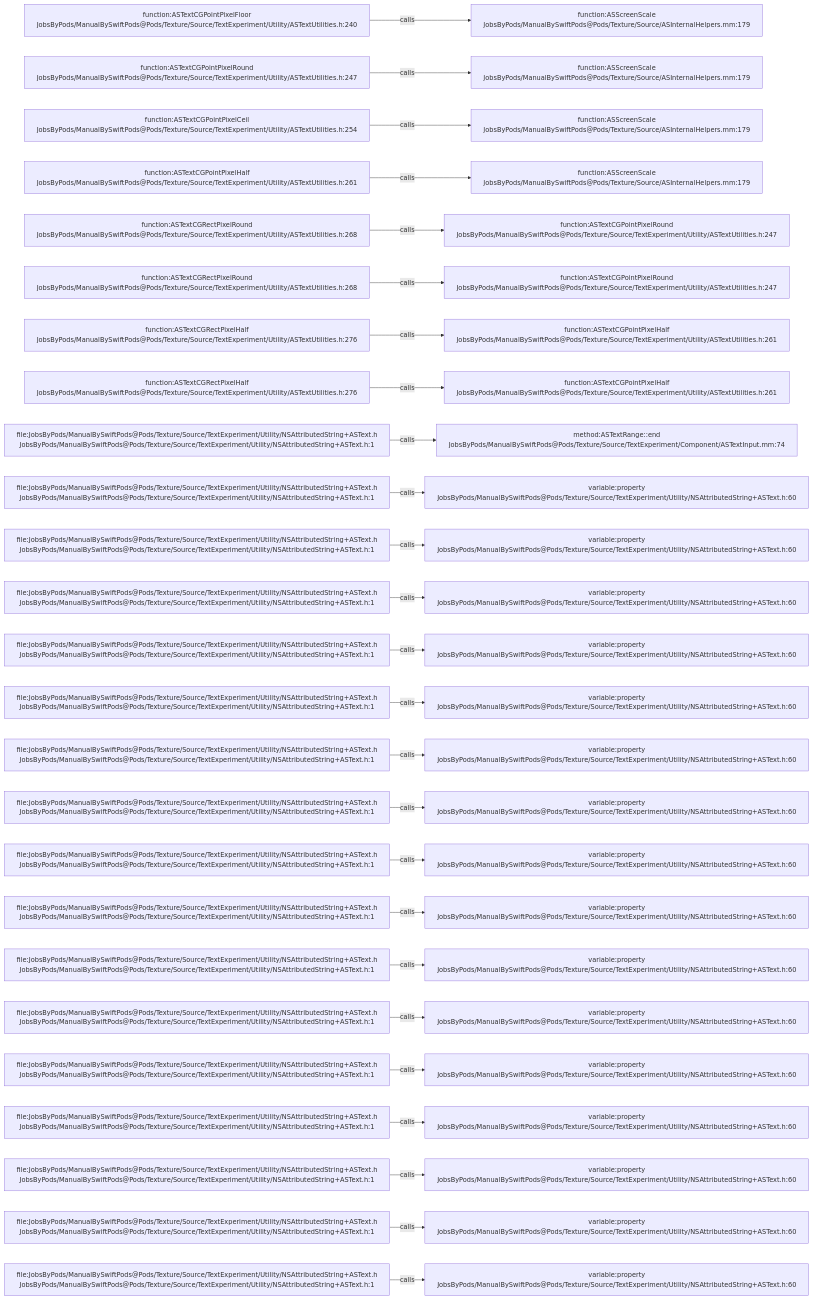
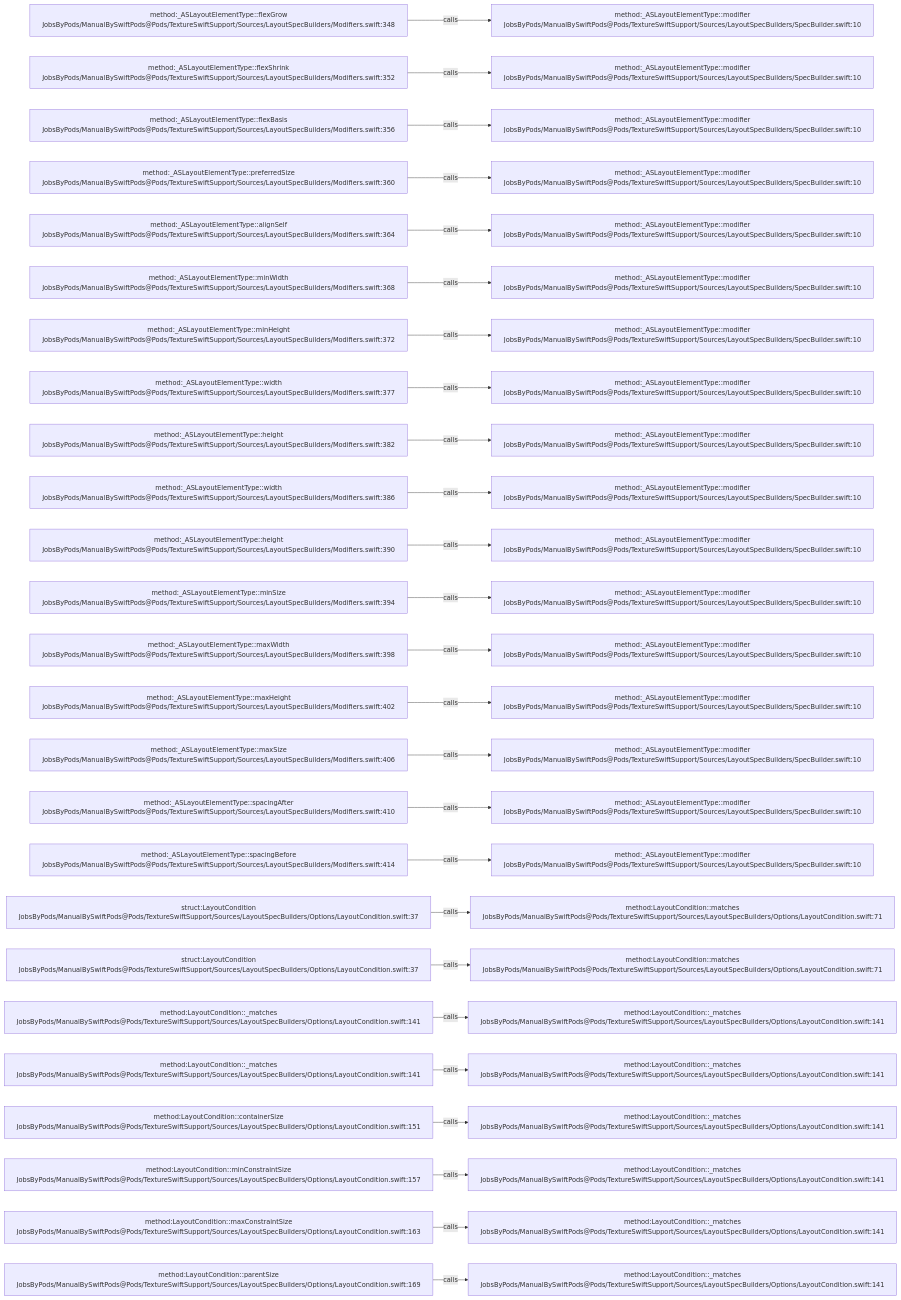
One commit to JobsKits/JobsSwiftBaseConfigDemo changed the diagram in .codegraph/codegraph.md/graphs/calls-159.md. Above: the diagram before and after it, drawn with Mermaid. The commit also changed 832 other files, not shown here.

````diff
--- a/.codegraph/codegraph.md/graphs/calls-159.md
+++ b/.codegraph/codegraph.md/graphs/calls-159.md
@@ -13,78 +13,78 @@
 ```mermaid
 flowchart LR
-  S1["function:ASTextCGPointPixelFloor<br/>JobsByPods/ManualBySwiftPods@Pods/Texture/Source/TextExperiment/Utility/ASTextUtilities.h:240"]
-  T1["function:ASScreenScale<br/>JobsByPods/ManualBySwiftPods@Pods/Texture/Source/ASInternalHelpers.mm:179"]
+  S1["method:_ASLayoutElementType::flexGrow<br/>JobsByPods/ManualBySwiftPods@Pods/TextureSwiftSupport/Sources/LayoutSpecBuilders/Modifiers.swift:348"]
+  T1["method:_ASLayoutElementType::modifier<br/>JobsByPods/ManualBySwiftPods@Pods/TextureSwiftSupport/Sources/LayoutSpecBuilders/SpecBuilder.swift:10"]
   S1 -->|calls| T1
-  S2["function:ASTextCGPointPixelRound<br/>JobsByPods/ManualBySwiftPods@Pods/Texture/Source/TextExperiment/Utility/ASTextUtilities.h:247"]
-  T2["function:ASScreenScale<br/>JobsByPods/ManualBySwiftPods@Pods/Texture/Source/ASInternalHelpers.mm:179"]
+  S2["method:_ASLayoutElementType::flexShrink<br/>JobsByPods/ManualBySwiftPods@Pods/TextureSwiftSupport/Sources/LayoutSpecBuilders/Modifiers.swift:352"]
+  T2["method:_ASLayoutElementType::modifier<br/>JobsByPods/ManualBySwiftPods@Pods/TextureSwiftSupport/Sources/LayoutSpecBuilders/SpecBuilder.swift:10"]
   S2 -->|calls| T2
-  S3["function:ASTextCGPointPixelCeil<br/>JobsByPods/ManualBySwiftPods@Pods/Texture/Source/TextExperiment/Utility/ASTextUtilities.h:254"]
-  T3["function:ASScreenScale<br/>JobsByPods/ManualBySwiftPods@Pods/Texture/Source/ASInternalHelpers.mm:179"]
+  S3["method:_ASLayoutElementType::flexBasis<br/>JobsByPods/ManualBySwiftPods@Pods/TextureSwiftSupport/Sources/LayoutSpecBuilders/Modifiers.swift:356"]
+  T3["method:_ASLayoutElementType::modifier<br/>JobsByPods/ManualBySwiftPods@Pods/TextureSwiftSupport/Sources/LayoutSpecBuilders/SpecBuilder.swift:10"]
   S3 -->|calls| T3
-  S4["function:ASTextCGPointPixelHalf<br/>JobsByPods/ManualBySwiftPods@Pods/Texture/Source/TextExperiment/Utility/ASTextUtilities.h:261"]
-  T4["function:ASScreenScale<br/>JobsByPods/ManualBySwiftPods@Pods/Texture/Source/ASInternalHelpers.mm:179"]
+  S4["method:_ASLayoutElementType::preferredSize<br/>JobsByPods/ManualBySwiftPods@Pods/TextureSwiftSupport/Sources/LayoutSpecBuilders/Modifiers.swift:360"]
+  T4["method:_ASLayoutElementType::modifier<br/>JobsByPods/ManualBySwiftPods@Pods/TextureSwiftSupport/Sources/LayoutSpecBuilders/SpecBuilder.swift:10"]
   S4 -->|calls| T4
-  S5["function:ASTextCGRectPixelRound<br/>JobsByPods/ManualBySwiftPods@Pods/Texture/Source/TextExperiment/Utility/ASTextUtilities.h:268"]
-  T5["function:ASTextCGPointPixelRound<br/>JobsByPods/ManualBySwiftPods@Pods/Texture/Source/TextExperiment/Utility/ASTextUtilities.h:247"]
+  S5["method:_ASLayoutElementType::alignSelf<br/>JobsByPods/ManualBySwiftPods@Pods/TextureSwiftSupport/Sources/LayoutSpecBuilders/Modifiers.swift:364"]
+  T5["method:_ASLayoutElementType::modifier<br/>JobsByPods/ManualBySwiftPods@Pods/TextureSwiftSupport/Sources/LayoutSpecBuilders/SpecBuilder.swift:10"]
   S5 -->|calls| T5
-  S6["function:ASTextCGRectPixelRound<br/>JobsByPods/ManualBySwiftPods@Pods/Texture/Source/TextExperiment/Utility/ASTextUtilities.h:268"]
-  T6["function:ASTextCGPointPixelRound<br/>JobsByPods/ManualBySwiftPods@Pods/Texture/Source/TextExperiment/Utility/ASTextUtilities.h:247"]
+  S6["method:_ASLayoutElementType::minWidth<br/>JobsByPods/ManualBySwiftPods@Pods/TextureSwiftSupport/Sources/LayoutSpecBuilders/Modifiers.swift:368"]
+  T6["method:_ASLayoutElementType::modifier<br/>JobsByPods/ManualBySwiftPods@Pods/TextureSwiftSupport/Sources/LayoutSpecBuilders/SpecBuilder.swift:10"]
   S6 -->|calls| T6
-  S7["function:ASTextCGRectPixelHalf<br/>JobsByPods/ManualBySwiftPods@Pods/Texture/Source/TextExperiment/Utility/ASTextUtilities.h:276"]
-  T7["function:ASTextCGPointPixelHalf<br/>JobsByPods/ManualBySwiftPods@Pods/Texture/Source/TextExperiment/Utility/ASTextUtilities.h:261"]
+  S7["method:_ASLayoutElementType::minHeight<br/>JobsByPods/ManualBySwiftPods@Pods/TextureSwiftSupport/Sources/LayoutSpecBuilders/Modifiers.swift:372"]
+  T7["method:_ASLayoutElementType::modifier<br/>JobsByPods/ManualBySwiftPods@Pods/TextureSwiftSupport/Sources/LayoutSpecBuilders/SpecBuilder.swift:10"]
   S7 -->|calls| T7
-  S8["function:ASTextCGRectPixelHalf<br/>JobsByPods/ManualBySwiftPods@Pods/Texture/Source/TextExperiment/Utility/ASTextUtilities.h:276"]
-  T8["function:ASTextCGPointPixelHalf<br/>JobsByPods/ManualBySwiftPods@Pods/Texture/Source/TextExperiment/Utility/ASTextUtilities.h:261"]
+  S8["method:_ASLayoutElementType::width<br/>JobsByPods/ManualBySwiftPods@Pods/TextureSwiftSupport/Sources/LayoutSpecBuilders/Modifiers.swift:377"]
+  T8["method:_ASLayoutElementType::modifier<br/>JobsByPods/ManualBySwiftPods@Pods/TextureSwiftSupport/Sources/LayoutSpecBuilders/SpecBuilder.swift:10"]
   S8 -->|calls| T8
-  S9["file:JobsByPods/ManualBySwiftPods@Pods/Texture/Source/TextExperiment/Utility/NSAttributedString+ASText.h<br/>JobsByPods/ManualBySwiftPods@Pods/Texture/Source/TextExperiment/Utility/NSAttributedString+ASText.h:1"]
-  T9["method:ASTextRange::end<br/>JobsByPods/ManualBySwiftPods@Pods/Texture/Source/TextExperiment/Component/ASTextInput.mm:74"]
+  S9["method:_ASLayoutElementType::height<br/>JobsByPods/ManualBySwiftPods@Pods/TextureSwiftSupport/Sources/LayoutSpecBuilders/Modifiers.swift:382"]
+  T9["method:_ASLayoutElementType::modifier<br/>JobsByPods/ManualBySwiftPods@Pods/TextureSwiftSupport/Sources/LayoutSpecBuilders/SpecBuilder.swift:10"]
   S9 -->|calls| T9
-  S10["file:JobsByPods/ManualBySwiftPods@Pods/Texture/Source/TextExperiment/Utility/NSAttributedString+ASText.h<br/>JobsByPods/ManualBySwiftPods@Pods/Texture/Source/TextExperiment/Utility/NSAttributedString+ASText.h:1"]
-  T10["variable:property<br/>JobsByPods/ManualBySwiftPods@Pods/Texture/Source/TextExperiment/Utility/NSAttributedString+ASText.h:60"]
+  S10["method:_ASLayoutElementType::width<br/>JobsByPods/ManualBySwiftPods@Pods/TextureSwiftSupport/Sources/LayoutSpecBuilders/Modifiers.swift:386"]
+  T10["method:_ASLayoutElementType::modifier<br/>JobsByPods/ManualBySwiftPods@Pods/TextureSwiftSupport/Sources/LayoutSpecBuilders/SpecBuilder.swift:10"]
   S10 -->|calls| T10
-  S11["file:JobsByPods/ManualBySwiftPods@Pods/Texture/Source/TextExperiment/Utility/NSAttributedString+ASText.h<br/>JobsByPods/ManualBySwiftPods@Pods/Texture/Source/TextExperiment/Utility/NSAttributedString+ASText.h:1"]
-  T11["variable:property<br/>JobsByPods/ManualBySwiftPods@Pods/Texture/Source/TextExperiment/Utility/NSAttributedString+ASText.h:60"]
+  S11["method:_ASLayoutElementType::height<br/>JobsByPods/ManualBySwiftPods@Pods/TextureSwiftSupport/Sources/LayoutSpecBuilders/Modifiers.swift:390"]
+  T11["method:_ASLayoutElementType::modifier<br/>JobsByPods/ManualBySwiftPods@Pods/TextureSwiftSupport/Sources/LayoutSpecBuilders/SpecBuilder.swift:10"]
   S11 -->|calls| T11
-  S12["file:JobsByPods/ManualBySwiftPods@Pods/Texture/Source/TextExperiment/Utility/NSAttributedString+ASText.h<br/>JobsByPods/ManualBySwiftPods@Pods/Texture/Source/TextExperiment/Utility/NSAttributedString+ASText.h:1"]
-  T12["variable:property<br/>JobsByPods/ManualBySwiftPods@Pods/Texture/Source/TextExperiment/Utility/NSAttributedString+ASText.h:60"]
+  S12["method:_ASLayoutElementType::minSize<br/>JobsByPods/ManualBySwiftPods@Pods/TextureSwiftSupport/Sources/LayoutSpecBuilders/Modifiers.swift:394"]
+  T12["method:_ASLayoutElementType::modifier<br/>JobsByPods/ManualBySwiftPods@Pods/TextureSwiftSupport/Sources/LayoutSpecBuilders/SpecBuilder.swift:10"]
   S12 -->|calls| T12
-  S13["file:JobsByPods/ManualBySwiftPods@Pods/Texture/Source/TextExperiment/Utility/NSAttributedString+ASText.h<br/>JobsByPods/ManualBySwiftPods@Pods/Texture/Source/TextExperiment/Utility/NSAttributedString+ASText.h:1"]
-  T13["variable:property<br/>JobsByPods/ManualBySwiftPods@Pods/Texture/Source/TextExperiment/Utility/NSAttributedString+ASText.h:60"]
+  S13["method:_ASLayoutElementType::maxWidth<br/>JobsByPods/ManualBySwiftPods@Pods/TextureSwiftSupport/Sources/LayoutSpecBuilders/Modifiers.swift:398"]
+  T13["method:_ASLayoutElementType::modifier<br/>JobsByPods/ManualBySwiftPods@Pods/TextureSwiftSupport/Sources/LayoutSpecBuilders/SpecBuilder.swift:10"]
   S13 -->|calls| T13
-  S14["file:JobsByPods/ManualBySwiftPods@Pods/Texture/Source/TextExperiment/Utility/NSAttributedString+ASText.h<br/>JobsByPods/ManualBySwiftPods@Pods/Texture/Source/TextExperiment/Utility/NSAttributedString+ASText.h:1"]
-  T14["variable:property<br/>JobsByPods/ManualBySwiftPods@Pods/Texture/Source/TextExperiment/Utility/NSAttributedString+ASText.h:60"]
+  S14["method:_ASLayoutElementType::maxHeight<br/>JobsByPods/ManualBySwiftPods@Pods/TextureSwiftSupport/Sources/LayoutSpecBuilders/Modifiers.swift:402"]
+  T14["method:_ASLayoutElementType::modifier<br/>JobsByPods/ManualBySwiftPods@Pods/TextureSwiftSupport/Sources/LayoutSpecBuilders/SpecBuilder.swift:10"]
   S14 -->|calls| T14
-  S15["file:JobsByPods/ManualBySwiftPods@Pods/Texture/Source/TextExperiment/Utility/NSAttributedString+ASText.h<br/>JobsByPods/ManualBySwiftPods@Pods/Texture/Source/TextExperiment/Utility/NSAttributedString+ASText.h:1"]
-  T15["variable:property<br/>JobsByPods/ManualBySwiftPods@Pods/Texture/Source/TextExperiment/Utility/NSAttributedString+ASText.h:60"]
+  S15["method:_ASLayoutElementType::maxSize<br/>JobsByPods/ManualBySwiftPods@Pods/TextureSwiftSupport/Sources/LayoutSpecBuilders/Modifiers.swift:406"]
+  T15["method:_ASLayoutElementType::modifier<br/>JobsByPods/ManualBySwiftPods@Pods/TextureSwiftSupport/Sources/LayoutSpecBuilders/SpecBuilder.swift:10"]
   S15 -->|calls| T15
-  S16["file:JobsByPods/ManualBySwiftPods@Pods/Texture/Source/TextExperiment/Utility/NSAttributedString+ASText.h<br/>JobsByPods/ManualBySwiftPods@Pods/Texture/Source/TextExperiment/Utility/NSAttributedString+ASText.h:1"]
-  T16["variable:property<br/>JobsByPods/ManualBySwiftPods@Pods/Texture/Source/TextExperiment/Utility/NSAttributedString+ASText.h:60"]
+  S16["method:_ASLayoutElementType::spacingAfter<br/>JobsByPods/ManualBySwiftPods@Pods/TextureSwiftSupport/Sources/LayoutSpecBuilders/Modifiers.swift:410"]
+  T16["method:_ASLayoutElementType::modifier<br/>JobsByPods/ManualBySwiftPods@Pods/TextureSwiftSupport/Sources/LayoutSpecBuilders/SpecBuilder.swift:10"]
   S16 -->|calls| T16
-  S17["file:JobsByPods/ManualBySwiftPods@Pods/Texture/Source/TextExperiment/Utility/NSAttributedString+ASText.h<br/>JobsByPods/ManualBySwiftPods@Pods/Texture/Source/TextExperiment/Utility/NSAttributedString+ASText.h:1"]
-  T17["variable:property<br/>JobsByPods/ManualBySwiftPods@Pods/Texture/Source/TextExperiment/Utility/NSAttributedString+ASText.h:60"]
+  S17["method:_ASLayoutElementType::spacingBefore<br/>JobsByPods/ManualBySwiftPods@Pods/TextureSwiftSupport/Sources/LayoutSpecBuilders/Modifiers.swift:414"]
+  T17["method:_ASLayoutElementType::modifier<br/>JobsByPods/ManualBySwiftPods@Pods/TextureSwiftSupport/Sources/LayoutSpecBuilders/SpecBuilder.swift:10"]
   S17 -->|calls| T17
-  S18["file:JobsByPods/ManualBySwiftPods@Pods/Texture/Source/TextExperiment/Utility/NSAttributedString+ASText.h<br/>JobsByPods/ManualBySwiftPods@Pods/Texture/Source/TextExperiment/Utility/NSAttributedString+ASText.h:1"]
-  T18["variable:property<br/>JobsByPods/ManualBySwiftPods@Pods/Texture/Source/TextExperiment/Utility/NSAttributedString+ASText.h:60"]
+  S18["struct:LayoutCondition<br/>JobsByPods/ManualBySwiftPods@Pods/TextureSwiftSupport/Sources/LayoutSpecBuilders/Options/LayoutCondition.swift:37"]
+  T18["method:LayoutCondition::matches<br/>JobsByPods/ManualBySwiftPods@Pods/TextureSwiftSupport/Sources/LayoutSpecBuilders/Options/LayoutCondition.swift:71"]
   S18 -->|calls| T18
-  S19["file:JobsByPods/ManualBySwiftPods@Pods/Texture/Source/TextExperiment/Utility/NSAttributedString+ASText.h<br/>JobsByPods/ManualBySwiftPods@Pods/Texture/Source/TextExperiment/Utility/NSAttributedString+ASText.h:1"]
-  T19["variable:property<br/>JobsByPods/ManualBySwiftPods@Pods/Texture/Source/TextExperiment/Utility/NSAttributedString+ASText.h:60"]
+  S19["struct:LayoutCondition<br/>JobsByPods/ManualBySwiftPods@Pods/TextureSwiftSupport/Sources/LayoutSpecBuilders/Options/LayoutCondition.swift:37"]
+  T19["method:LayoutCondition::matches<br/>JobsByPods/ManualBySwiftPods@Pods/TextureSwiftSupport/Sources/LayoutSpecBuilders/Options/LayoutCondition.swift:71"]
   S19 -->|calls| T19
-  S20["file:JobsByPods/ManualBySwiftPods@Pods/Texture/Source/TextExperiment/Utility/NSAttributedString+ASText.h<br/>JobsByPods/ManualBySwiftPods@Pods/Texture/Source/TextExperiment/Utility/NSAttributedString+ASText.h:1"]
-  T20["variable:property<br/>JobsByPods/ManualBySwiftPods@Pods/Texture/Source/TextExperiment/Utility/NSAttributedString+ASText.h:60"]
+  S20["method:LayoutCondition::_matches<br/>JobsByPods/ManualBySwiftPods@Pods/TextureSwiftSupport/Sources/LayoutSpecBuilders/Options/LayoutCondition.swift:141"]
+  T20["method:LayoutCondition::_matches<br/>JobsByPods/ManualBySwiftPods@Pods/TextureSwiftSupport/Sources/LayoutSpecBuilders/Options/LayoutCondition.swift:141"]
   S20 -->|calls| T20
-  S21["file:JobsByPods/ManualBySwiftPods@Pods/Texture/Source/TextExperiment/Utility/NSAttributedString+ASText.h<br/>JobsByPods/ManualBySwiftPods@Pods/Texture/Source/TextExperiment/Utility/NSAttributedString+ASText.h:1"]
-  T21["variable:property<br/>JobsByPods/ManualBySwiftPods@Pods/Texture/Source/TextExperiment/Utility/NSAttributedString+ASText.h:60"]
+  S21["method:LayoutCondition::_matches<br/>JobsByPods/ManualBySwiftPods@Pods/TextureSwiftSupport/Sources/LayoutSpecBuilders/Options/LayoutCondition.swift:141"]
+  T21["method:LayoutCondition::_matches<br/>JobsByPods/ManualBySwiftPods@Pods/TextureSwiftSupport/Sources/LayoutSpecBuilders/Options/LayoutCondition.swift:141"]
   S21 -->|calls| T21
-  S22["file:JobsByPods/ManualBySwiftPods@Pods/Texture/Source/TextExperiment/Utility/NSAttributedString+ASText.h<br/>JobsByPods/ManualBySwiftPods@Pods/Texture/Source/TextExperiment/Utility/NSAttributedString+ASText.h:1"]
-  T22["variable:property<br/>JobsByPods/ManualBySwiftPods@Pods/Texture/Source/TextExperiment/Utility/NSAttributedString+ASText.h:60"]
+  S22["method:LayoutCondition::containerSize<br/>JobsByPods/ManualBySwiftPods@Pods/TextureSwiftSupport/Sources/LayoutSpecBuilders/Options/LayoutCondition.swift:151"]
+  T22["method:LayoutCondition::_matches<br/>JobsByPods/ManualBySwiftPods@Pods/TextureSwiftSupport/Sources/LayoutSpecBuilders/Options/LayoutCondition.swift:141"]
   S22 -->|calls| T22
-  S23["file:JobsByPods/ManualBySwiftPods@Pods/Texture/Source/TextExperiment/Utility/NSAttributedString+ASText.h<br/>JobsByPods/ManualBySwiftPods@Pods/Texture/Source/TextExperiment/Utility/NSAttributedString+ASText.h:1"]
-  T23["variable:property<br/>JobsByPods/ManualBySwiftPods@Pods/Texture/Source/TextExperiment/Utility/NSAttributedString+ASText.h:60"]
+  S23["method:LayoutCondition::minConstraintSize<br/>JobsByPods/ManualBySwiftPods@Pods/TextureSwiftSupport/Sources/LayoutSpecBuilders/Options/LayoutCondition.swift:157"]
+  T23["method:LayoutCondition::_matches<br/>JobsByPods/ManualBySwiftPods@Pods/TextureSwiftSupport/Sources/LayoutSpecBuilders/Options/LayoutCondition.swift:141"]
   S23 -->|calls| T23
-  S24["file:JobsByPods/ManualBySwiftPods@Pods/Texture/Source/TextExperiment/Utility/NSAttributedString+ASText.h<br/>JobsByPods/ManualBySwiftPods@Pods/Texture/Source/TextExperiment/Utility/NSAttributedString+ASText.h:1"]
-  T24["variable:property<br/>JobsByPods/ManualBySwiftPods@Pods/Texture/Source/TextExperiment/Utility/NSAttributedString+ASText.h:60"]
+  S24["method:LayoutCondition::maxConstraintSize<br/>JobsByPods/ManualBySwiftPods@Pods/TextureSwiftSupport/Sources/LayoutSpecBuilders/Options/LayoutCondition.swift:163"]
+  T24["method:LayoutCondition::_matches<br/>JobsByPods/ManualBySwiftPods@Pods/TextureSwiftSupport/Sources/LayoutSpecBuilders/Options/LayoutCondition.swift:141"]
   S24 -->|calls| T24
-  S25["file:JobsByPods/ManualBySwiftPods@Pods/Texture/Source/TextExperiment/Utility/NSAttributedString+ASText.h<br/>JobsByPods/ManualBySwiftPods@Pods/Texture/Source/TextExperiment/Utility/NSAttributedString+ASText.h:1"]
-  T25["variable:property<br/>JobsByPods/ManualBySwiftPods@Pods/Texture/Source/TextExperiment/Utility/NSAttributedString+ASText.h:60"]
+  S25["method:LayoutCondition::parentSize<br/>JobsByPods/ManualBySwiftPods@Pods/TextureSwiftSupport/Sources/LayoutSpecBuilders/Options/LayoutCondition.swift:169"]
+  T25["method:LayoutCondition::_matches<br/>JobsByPods/ManualBySwiftPods@Pods/TextureSwiftSupport/Sources/LayoutSpecBuilders/Options/LayoutCondition.swift:141"]
   S25 -->|calls| T25
 ```
````
